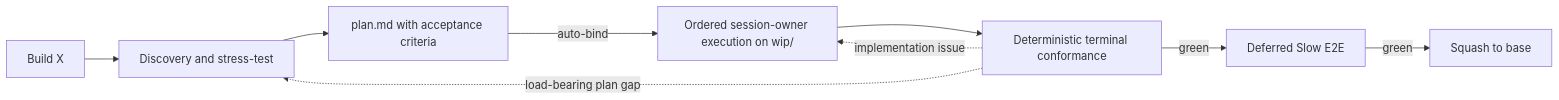
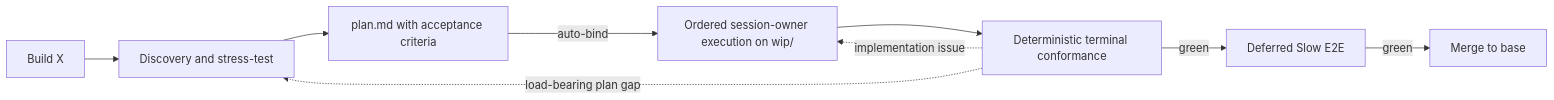
One commit to babymum7/gsd changed the diagram in README.md. Above: the diagram before and after it, drawn with Mermaid. The commit also changed other lines of this file and 12 other files, not shown here.

````diff
--- a/README.md
+++ b/README.md
@@ -105,11 +105,11 @@
 ```mermaid
 flowchart LR
     U["Build X"] --> B[Discovery and stress-test]
     B --> P[plan.md with acceptance criteria]
     P -->|auto-bind| E[Ordered session-owner execution on wip/]
     E --> V[Deterministic terminal conformance]
     V -->|green| S[Deferred Slow E2E]
-    S -->|green| M[Squash to base]
+    S -->|green| M[Merge to base]
     V -.implementation issue.-> E
     V -.load-bearing plan gap.-> B
 ```
````
